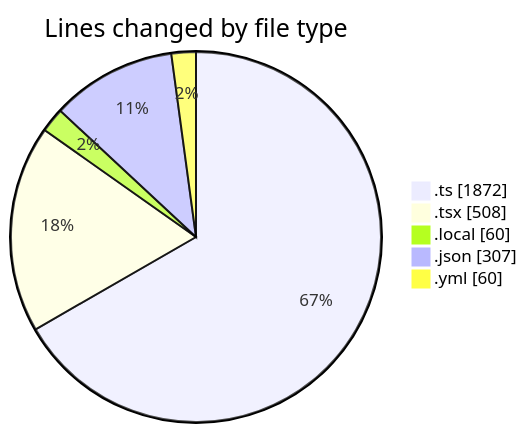
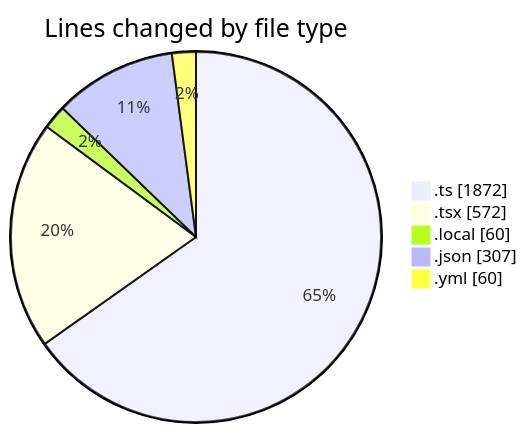
The first of 2 diagrams in 2025-11-26/eventscop-frontend-guide__workspace_/README.md (julien-gomy/code-tracking), drawn with Mermaid before and after one commit. The commit also changed other lines of this file and 1 other file, not shown here.

````diff
--- a/2025-11-26/eventscop-frontend-guide__workspace_/README.md
+++ b/2025-11-26/eventscop-frontend-guide__workspace_/README.md
@@ -32,9 +32,9 @@
 ```mermaid
 pie showData
 title Lines changed by file type
 ".ts" : 1872
-".tsx" : 508
+".tsx" : 572
 ".local" : 60
 ".json" : 307
 ".yml" : 60
 ```
````
